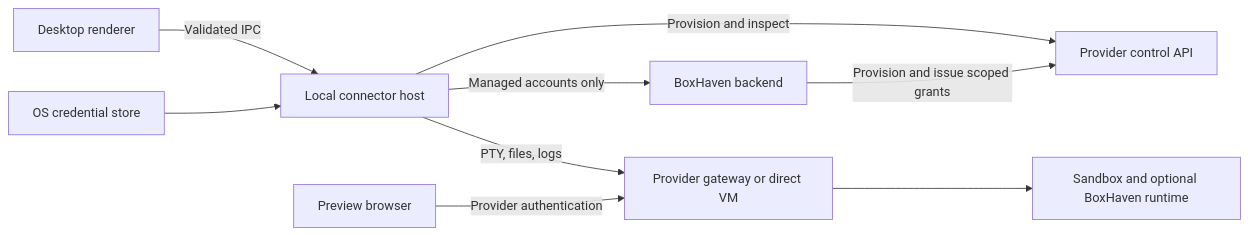
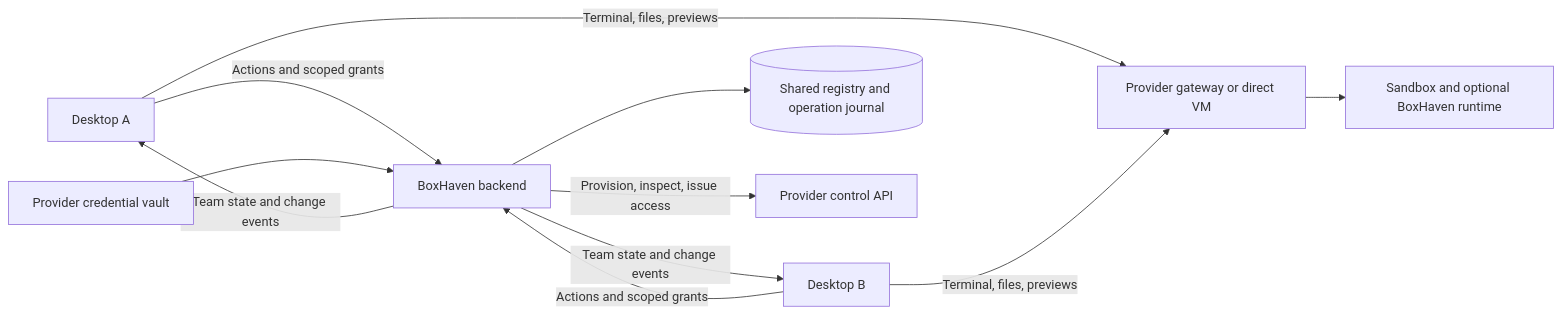
Before and after one commit to finbarr/boxhaven: the diagram in SANDBOX-CONNECTORS.md, drawn with Mermaid. The commit also changed other lines of this file, not shown here.

Commit message:
docs: make backend the team sync point for sandbox connectors

````diff
--- a/SANDBOX-CONNECTORS.md
+++ b/SANDBOX-CONNECTORS.md
@@ -144,11 +155,13 @@
 ```mermaid
 flowchart LR
-  UI[Desktop renderer] -->|Validated IPC| HOST[Local connector host]
-  VAULT[OS credential store] --> HOST
-  HOST -->|Provision and inspect| API[Provider control API]
-  HOST -->|PTY, files, logs| EDGE[Provider gateway or direct VM]
+  A[Desktop A] -->|Actions and scoped grants| BH[BoxHaven backend]
+  B[Desktop B] -->|Actions and scoped grants| BH
+  BH -->|Team state and change events| A
+  BH -->|Team state and change events| B
+  BH --> DB[(Shared registry and operation journal)]
+  VAULT[Provider credential vault] --> BH
+  BH -->|Provision, inspect, issue access| API[Provider control API]
+  A -->|Terminal, files, previews| EDGE[Provider gateway or direct VM]
+  B -->|Terminal, files, previews| EDGE
   EDGE --> VM[Sandbox and optional BoxHaven runtime]
-  HOST -->|Managed accounts only| BH[BoxHaven backend]
-  BH -->|Provision and issue scoped grants| API
-  BROWSER[Preview browser] -->|Provider authentication| EDGE
 ```
````
